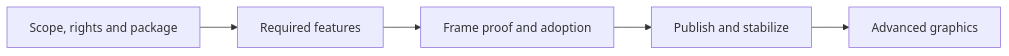
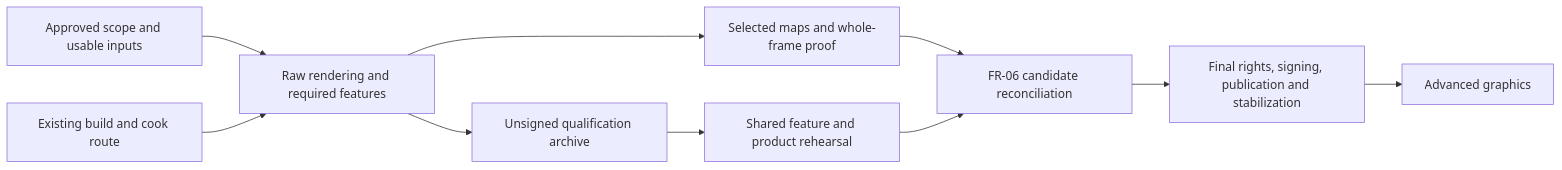
The first of 2 diagrams in Docs/Strategy/Roadmap.md (LisowskiPawel/SparkleEngine), drawn with Mermaid before and after one commit. The commit also changed other lines of this file and 466 other files, not shown here.

````diff
--- a/Docs/Strategy/Roadmap.md
+++ b/Docs/Strategy/Roadmap.md
@@ -64,7 +68,12 @@
 ```mermaid
 flowchart LR
-    Prepare[Scope, rights and package] --> Features[Required features]
-    Features --> Prove[Frame proof and adoption]
-    Prove --> Publish[Publish and stabilize]
+    Scope[Approved scope and usable inputs] --> Features[Raw rendering and required features]
+    Tools[Existing build and cook route] --> Features
+    Features --> Prove[Selected maps and whole-frame proof]
+    Features --> Archive[Unsigned qualification archive]
+    Archive --> Delivery[Shared feature and product rehearsal]
+    Prove --> Freeze[FR-06 candidate reconciliation]
+    Delivery --> Freeze
+    Freeze --> Publish[Final rights, signing, publication and stabilization]
     Publish --> Advanced[Advanced graphics]
 ```
````
